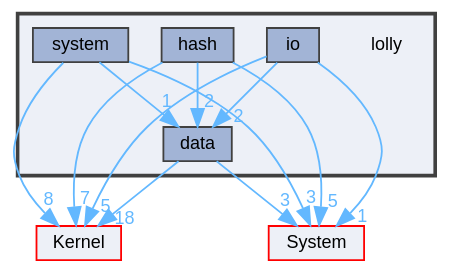
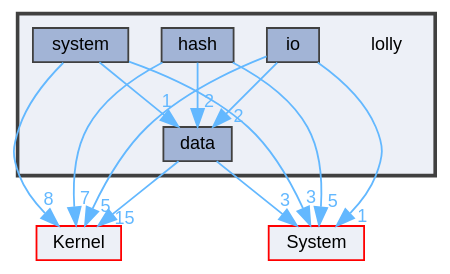
The diagram in dir_4e4e38b7a3cbd015b31043c806009c51_dep.dot (XmacsLabs/lolly), drawn with Graphviz before and after one commit. The commit also changed 1049 other files, not shown here.

```diff
--- a/dir_4e4e38b7a3cbd015b31043c806009c51_dep.dot
+++ b/dir_4e4e38b7a3cbd015b31043c806009c51_dep.dot
@@ -1,29 +1,29 @@
 digraph "lolly"
 {
  // LATEX_PDF_SIZE
   bgcolor="transparent";
   edge [fontname=Helvetica,fontsize=10,labelfontname=Helvetica,labelfontsize=10];
   node [fontname=Helvetica,fontsize=10,shape=box,height=0.2,width=0.4];
   compound=true
   subgraph clusterdir_4e4e38b7a3cbd015b31043c806009c51 {
     graph [ bgcolor="#edf0f7", pencolor="grey25", label="", fontname=Helvetica,fontsize=10 style="filled,bold", URL="dir_4e4e38b7a3cbd015b31043c806009c51.html",tooltip=""]
     dir_4e4e38b7a3cbd015b31043c806009c51 [shape=plaintext, label="lolly"];
   dir_7d7415eea8157022d4b7478c2ca2ea49 [label="data", fillcolor="#a2b4d6", color="grey25", style="filled", URL="dir_7d7415eea8157022d4b7478c2ca2ea49.html",tooltip=""];
   dir_777c5b6c15201a7a83c1576ee664a918 [label="hash", fillcolor="#a2b4d6", color="grey25", style="filled", URL="dir_777c5b6c15201a7a83c1576ee664a918.html",tooltip=""];
   dir_5dbbbea8d3d07cb325b7c0e63f9dedfb [label="io", fillcolor="#a2b4d6", color="grey25", style="filled", URL="dir_5dbbbea8d3d07cb325b7c0e63f9dedfb.html",tooltip=""];
   dir_8ba5d07975f70f697a351c2217e28ca6 [label="system", fillcolor="#a2b4d6", color="grey25", style="filled", URL="dir_8ba5d07975f70f697a351c2217e28ca6.html",tooltip=""];
   }
   dir_52bed8acfaac088d5968cb2c84d7645d [label="Kernel", fillcolor="#edf0f7", color="red", style="filled", URL="dir_52bed8acfaac088d5968cb2c84d7645d.html",tooltip=""];
   dir_9af51e3826d4f9e80d9103b2de543e84 [label="System", fillcolor="#edf0f7", color="red", style="filled", URL="dir_9af51e3826d4f9e80d9103b2de543e84.html",tooltip=""];
-  dir_7d7415eea8157022d4b7478c2ca2ea49->dir_52bed8acfaac088d5968cb2c84d7645d [headlabel="18", labeldistance=1.5 headhref="dir_000012_000030.html" href="dir_000012_000030.html" color="steelblue1" fontcolor="steelblue1"];
-  dir_7d7415eea8157022d4b7478c2ca2ea49->dir_9af51e3826d4f9e80d9103b2de543e84 [headlabel="3", labeldistance=1.5 headhref="dir_000012_000046.html" href="dir_000012_000046.html" color="steelblue1" fontcolor="steelblue1"];
-  dir_777c5b6c15201a7a83c1576ee664a918->dir_52bed8acfaac088d5968cb2c84d7645d [headlabel="7", labeldistance=1.5 headhref="dir_000021_000030.html" href="dir_000021_000030.html" color="steelblue1" fontcolor="steelblue1"];
+  dir_7d7415eea8157022d4b7478c2ca2ea49->dir_52bed8acfaac088d5968cb2c84d7645d [headlabel="15", labeldistance=1.5 headhref="dir_000012_000029.html" href="dir_000012_000029.html" color="steelblue1" fontcolor="steelblue1"];
+  dir_7d7415eea8157022d4b7478c2ca2ea49->dir_9af51e3826d4f9e80d9103b2de543e84 [headlabel="3", labeldistance=1.5 headhref="dir_000012_000045.html" href="dir_000012_000045.html" color="steelblue1" fontcolor="steelblue1"];
+  dir_777c5b6c15201a7a83c1576ee664a918->dir_52bed8acfaac088d5968cb2c84d7645d [headlabel="7", labeldistance=1.5 headhref="dir_000021_000029.html" href="dir_000021_000029.html" color="steelblue1" fontcolor="steelblue1"];
   dir_777c5b6c15201a7a83c1576ee664a918->dir_7d7415eea8157022d4b7478c2ca2ea49 [headlabel="2", labeldistance=1.5 headhref="dir_000021_000012.html" href="dir_000021_000012.html" color="steelblue1" fontcolor="steelblue1"];
-  dir_777c5b6c15201a7a83c1576ee664a918->dir_9af51e3826d4f9e80d9103b2de543e84 [headlabel="5", labeldistance=1.5 headhref="dir_000021_000046.html" href="dir_000021_000046.html" color="steelblue1" fontcolor="steelblue1"];
-  dir_5dbbbea8d3d07cb325b7c0e63f9dedfb->dir_52bed8acfaac088d5968cb2c84d7645d [headlabel="5", labeldistance=1.5 headhref="dir_000024_000030.html" href="dir_000024_000030.html" color="steelblue1" fontcolor="steelblue1"];
+  dir_777c5b6c15201a7a83c1576ee664a918->dir_9af51e3826d4f9e80d9103b2de543e84 [headlabel="5", labeldistance=1.5 headhref="dir_000021_000045.html" href="dir_000021_000045.html" color="steelblue1" fontcolor="steelblue1"];
+  dir_5dbbbea8d3d07cb325b7c0e63f9dedfb->dir_52bed8acfaac088d5968cb2c84d7645d [headlabel="5", labeldistance=1.5 headhref="dir_000024_000029.html" href="dir_000024_000029.html" color="steelblue1" fontcolor="steelblue1"];
   dir_5dbbbea8d3d07cb325b7c0e63f9dedfb->dir_7d7415eea8157022d4b7478c2ca2ea49 [headlabel="2", labeldistance=1.5 headhref="dir_000024_000012.html" href="dir_000024_000012.html" color="steelblue1" fontcolor="steelblue1"];
-  dir_5dbbbea8d3d07cb325b7c0e63f9dedfb->dir_9af51e3826d4f9e80d9103b2de543e84 [headlabel="1", labeldistance=1.5 headhref="dir_000024_000046.html" href="dir_000024_000046.html" color="steelblue1" fontcolor="steelblue1"];
-  dir_8ba5d07975f70f697a351c2217e28ca6->dir_52bed8acfaac088d5968cb2c84d7645d [headlabel="8", labeldistance=1.5 headhref="dir_000045_000030.html" href="dir_000045_000030.html" color="steelblue1" fontcolor="steelblue1"];
-  dir_8ba5d07975f70f697a351c2217e28ca6->dir_7d7415eea8157022d4b7478c2ca2ea49 [headlabel="1", labeldistance=1.5 headhref="dir_000045_000012.html" href="dir_000045_000012.html" color="steelblue1" fontcolor="steelblue1"];
-  dir_8ba5d07975f70f697a351c2217e28ca6->dir_9af51e3826d4f9e80d9103b2de543e84 [headlabel="3", labeldistance=1.5 headhref="dir_000045_000046.html" href="dir_000045_000046.html" color="steelblue1" fontcolor="steelblue1"];
+  dir_5dbbbea8d3d07cb325b7c0e63f9dedfb->dir_9af51e3826d4f9e80d9103b2de543e84 [headlabel="1", labeldistance=1.5 headhref="dir_000024_000045.html" href="dir_000024_000045.html" color="steelblue1" fontcolor="steelblue1"];
+  dir_8ba5d07975f70f697a351c2217e28ca6->dir_52bed8acfaac088d5968cb2c84d7645d [headlabel="8", labeldistance=1.5 headhref="dir_000044_000029.html" href="dir_000044_000029.html" color="steelblue1" fontcolor="steelblue1"];
+  dir_8ba5d07975f70f697a351c2217e28ca6->dir_7d7415eea8157022d4b7478c2ca2ea49 [headlabel="1", labeldistance=1.5 headhref="dir_000044_000012.html" href="dir_000044_000012.html" color="steelblue1" fontcolor="steelblue1"];
+  dir_8ba5d07975f70f697a351c2217e28ca6->dir_9af51e3826d4f9e80d9103b2de543e84 [headlabel="3", labeldistance=1.5 headhref="dir_000044_000045.html" href="dir_000044_000045.html" color="steelblue1" fontcolor="steelblue1"];
 }
```
